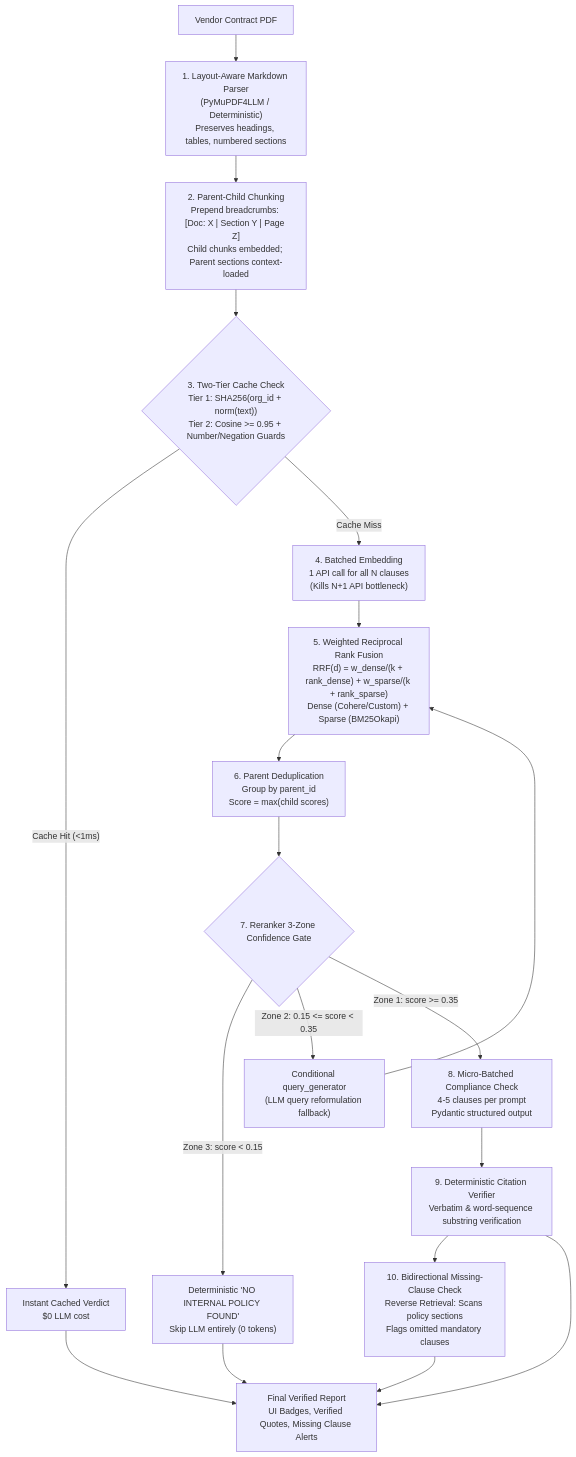
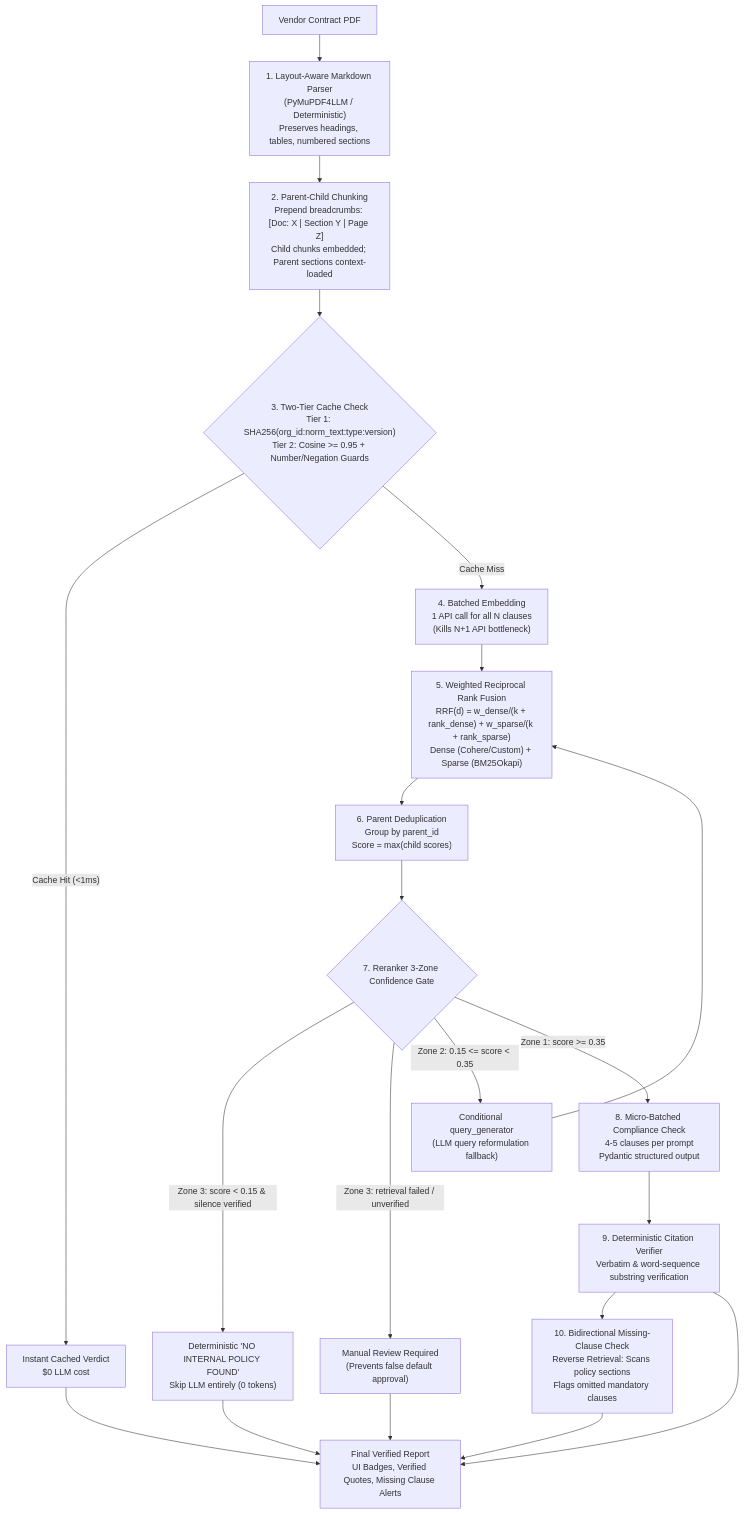
One commit to deepakkumartripathi119/Contract_Checker-main changed the diagram in README.md. Above: the diagram before and after it, drawn with Mermaid. The commit also changed other lines of this file and 14 other files, not shown here.

````diff
--- a/README.md
+++ b/README.md
@@ -11,23 +11,24 @@
 ```mermaid
 flowchart TD
     PDF["Vendor Contract PDF"] --> Parse["1. Layout-Aware Markdown Parser\n(PyMuPDF4LLM / Deterministic)\nPreserves headings, tables, numbered sections"]
     Parse --> Context["2. Parent-Child Chunking\nPrepend breadcrumbs: [Doc: X | Section Y | Page Z]\nChild chunks embedded; Parent sections context-loaded"]
-    Context --> Cache{"3. Two-Tier Cache Check\nTier 1: SHA256(org_id + norm(text))\nTier 2: Cosine >= 0.95 + Number/Negation Guards"}
+    Context --> Cache{"3. Two-Tier Cache Check\nTier 1: SHA256(org_id:norm_text:type:version)\nTier 2: Cosine >= 0.95 + Number/Negation Guards"}
 
     Cache -->|"Cache Hit (<1ms)"| CacheResult["Instant Cached Verdict\n$0 LLM cost"]
     Cache -->|"Cache Miss"| BatchEmb["4. Batched Embedding\n1 API call for all N clauses\n(Kills N+1 API bottleneck)"]
 
     BatchEmb --> RRF["5. Weighted Reciprocal Rank Fusion\nRRF(d) = w_dense/(k + rank_dense) + w_sparse/(k + rank_sparse)\nDense (Cohere/Custom) + Sparse (BM25Okapi)"]
     RRF --> Dedup["6. Parent Deduplication\nGroup by parent_id\nScore = max(child scores)"]
 
     Dedup --> Gate{"7. Reranker 3-Zone Confidence Gate"}
-    Gate -->|"Zone 3: score < 0.15"| Skip["Deterministic 'NO INTERNAL POLICY FOUND'\nSkip LLM entirely (0 tokens)"]
+    Gate -->|"Zone 3: score < 0.15 & silence verified"| Skip["Deterministic 'NO INTERNAL POLICY FOUND'\nSkip LLM entirely (0 tokens)"]
+    Gate -->|"Zone 3: retrieval failed / unverified"| Review["Manual Review Required\n(Prevents false default approval)"]
     Gate -->|"Zone 2: 0.15 <= score < 0.35"| Retry["Conditional query_generator\n(LLM query reformulation fallback)"]
     Retry --> RRF
     Gate -->|"Zone 1: score >= 0.35"| MicroBatch["8. Micro-Batched Compliance Check\n4-5 clauses per prompt\nPydantic structured output"]
 
     MicroBatch --> Citation["9. Deterministic Citation Verifier\nVerbatim & word-sequence substring verification"]
     Citation --> Bidir["10. Bidirectional Missing-Clause Check\nReverse Retrieval: Scans policy sections\nFlags omitted mandatory clauses"]
 
-    Skip & CacheResult & Citation & Bidir --> Report["Final Verified Report\nUI Badges, Verified Quotes, Missing Clause Alerts"]
+    Skip & Review & CacheResult & Citation & Bidir --> Report["Final Verified Report\nUI Badges, Verified Quotes, Missing Clause Alerts"]
 ```
````
